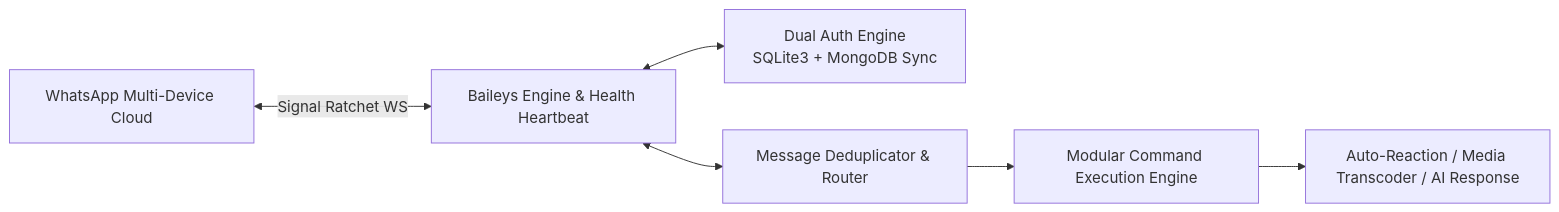
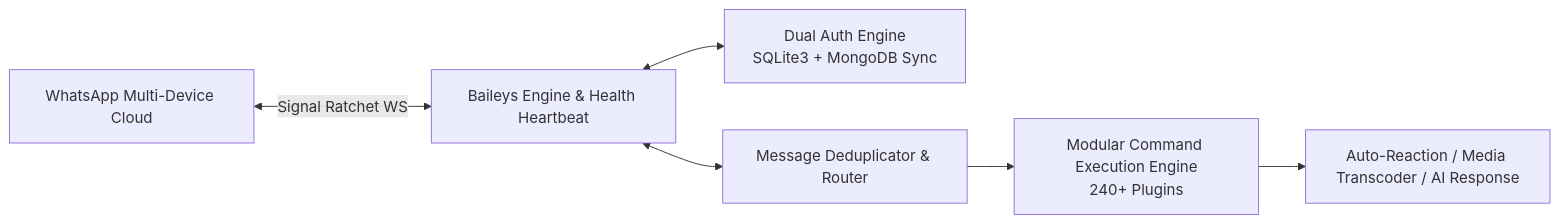
Before and after one commit to WiPTechGx/MEGA-MD: the diagram in README.md, drawn with Mermaid. The commit also changed other lines of this file, not shown here.

````diff
--- a/README.md
+++ b/README.md
@@ -44,9 +45,10 @@
 ```mermaid
 flowchart LR
     WA[WhatsApp Multi-Device Cloud] <-->|Signal Ratchet WS| SCK[Baileys Engine & Health Heartbeat]
     SCK <--> AUTH[Dual Auth Engine
 SQLite3 + MongoDB Sync]
     SCK <--> DISP[Message Deduplicator & Router]
-    DISP --> PLUG[Modular Command Execution Engine]
+    DISP --> PLUG[Modular Command Execution Engine
+240+ Plugins]
     PLUG --> RES[Auto-Reaction / Media Transcoder / AI Response]
 ```
````
